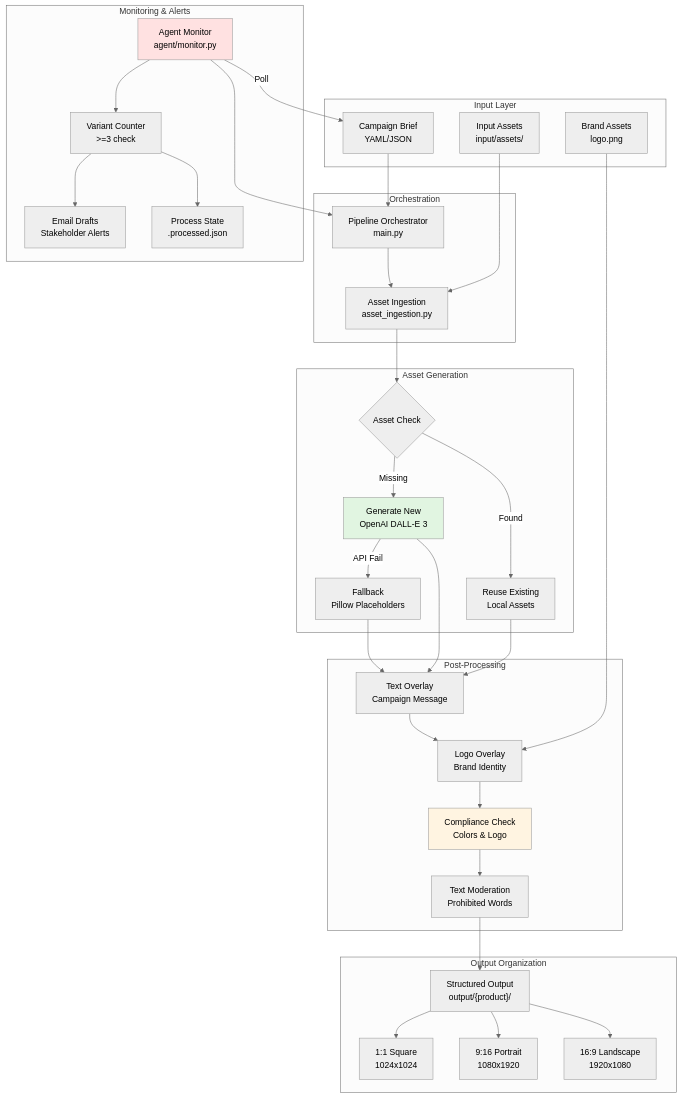
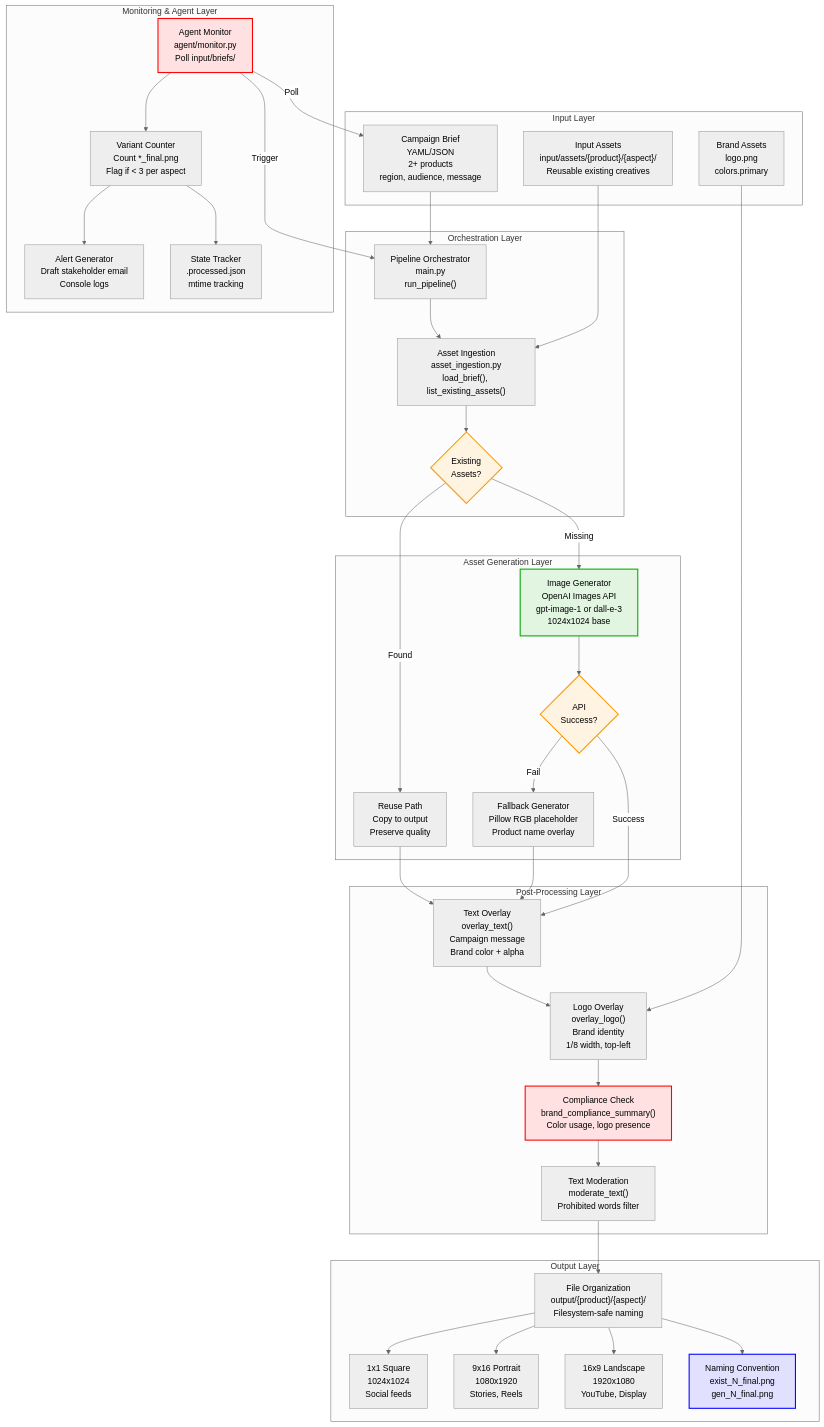
One commit to geciciserkan/adobe-poc changed the diagram in docs/architecture_diagram.mmd. Above: the diagram before and after it, drawn with Mermaid (neutral theme). The commit also changed 8 other files, not shown here.

```diff
--- a/docs/architecture_diagram.mmd
+++ b/docs/architecture_diagram.mmd
@@ -1,69 +1,76 @@
 %% Mermaid diagram: Creative Automation Pipeline Architecture
 flowchart TB
   subgraph "Input Layer"
-    A["Campaign Brief<br/>YAML/JSON"]
-    B["Input Assets<br/>input/assets/"]
-    C["Brand Assets<br/>logo.png"]
+    A["Campaign Brief<br/>YAML/JSON<br/>2+ products<br/>region, audience, message"]
+    B["Input Assets<br/>input/assets/{product}/{aspect}/<br/>Reusable existing creatives"]
+    C["Brand Assets<br/>logo.png<br/>colors.primary"]
   end
 
-  subgraph "Orchestration"
-    D["Pipeline Orchestrator<br/>main.py"]
-    E["Asset Ingestion<br/>asset_ingestion.py"]
+  subgraph "Orchestration Layer"
+    D["Pipeline Orchestrator<br/>main.py<br/>run_pipeline()"]
+    E["Asset Ingestion<br/>asset_ingestion.py<br/>load_brief(), list_existing_assets()"]
+    F{"Existing<br/>Assets?"}
   end
 
-  subgraph "Asset Generation"
-    F{"Asset Check"}
-    G["Reuse Existing<br/>Local Assets"]
-    H["Generate New<br/>OpenAI DALL-E 3"]
-    I["Fallback<br/>Pillow Placeholders"]
+  subgraph "Asset Generation Layer"
+    G["Reuse Path<br/>Copy to output<br/>Preserve quality"]
+    H["Image Generator<br/>OpenAI Images API<br/>gpt-image-1 or dall-e-3<br/>1024x1024 base"]
+    I{"API<br/>Success?"}
+    J["Fallback Generator<br/>Pillow RGB placeholder<br/>Product name overlay"]
   end
 
-  subgraph "Post-Processing"
-    J["Text Overlay<br/>Campaign Message"]
-    K["Logo Overlay<br/>Brand Identity"]
-    L["Compliance Check<br/>Colors & Logo"]
-    M["Text Moderation<br/>Prohibited Words"]
+  subgraph "Post-Processing Layer"
+    K["Text Overlay<br/>overlay_text()<br/>Campaign message<br/>Brand color + alpha"]
+    L["Logo Overlay<br/>overlay_logo()<br/>Brand identity<br/>1/8 width, top-left"]
+    M["Compliance Check<br/>brand_compliance_summary()<br/>Color usage, logo presence"]
+    N["Text Moderation<br/>moderate_text()<br/>Prohibited words filter"]
   end
 
-  subgraph "Output Organization"
-    N["Structured Output<br/>output/{product}/"]
-    O["1:1 Square<br/>1024x1024"]
-    P["9:16 Portrait<br/>1080x1920"]
-    Q["16:9 Landscape<br/>1920x1080"]
+  subgraph "Output Layer"
+    O["File Organization<br/>output/{product}/{aspect}/<br/>Filesystem-safe naming"]
+    P["1x1 Square<br/>1024x1024<br/>Social feeds"]
+    Q["9x16 Portrait<br/>1080x1920<br/>Stories, Reels"]
+    R["16x9 Landscape<br/>1920x1080<br/>YouTube, Display"]
+    S["Naming Convention<br/>exist_N_final.png<br/>gen_N_final.png"]
   end
 
-  subgraph "Monitoring & Alerts"
-    R["Agent Monitor<br/>agent/monitor.py"]
-    S["Variant Counter<br/>>=3 check"]
-    T["Email Drafts<br/>Stakeholder Alerts"]
-    U["Process State<br/>.processed.json"]
+  subgraph "Monitoring & Agent Layer"
+    T["Agent Monitor<br/>agent/monitor.py<br/>Poll input/briefs/"]
+    U["Variant Counter<br/>Count *_final.png<br/>Flag if < 3 per aspect"]
+    V["Alert Generator<br/>Draft stakeholder email<br/>Console logs"]
+    W["State Tracker<br/>.processed.json<br/>mtime tracking"]
   end
 
   A --> D
   B --> E
-  C --> K
+  C --> L
   D --> E
   E --> F
   F -->|Found| G
   F -->|Missing| H
-  H -->|API Fail| I
-  G --> J
-  H --> J
-  I --> J
+  H --> I
+  I -->|Success| K
+  I -->|Fail| J
   J --> K
+  G --> K
   K --> L
   L --> M
   M --> N
   N --> O
-  N --> P
-  N --> Q
+  O --> P
+  O --> Q
+  O --> R
+  O --> S
   
-  R -->|Poll| A
-  R --> D
-  R --> S
-  S --> T
-  S --> U
+  T -->|Poll| A
+  T -->|Trigger| D
+  T --> U
+  U --> V
+  U --> W
   
-  style H fill:#e1f5e1
-  style R fill:#ffe1e1
-  style L fill:#fff4e1
+  style F fill:#fff4e1,stroke:#f90,stroke-width:2px
+  style H fill:#e1f5e1,stroke:#0a0,stroke-width:2px
+  style I fill:#fff4e1,stroke:#f90,stroke-width:2px
+  style M fill:#ffe1e1,stroke:#f00,stroke-width:2px
+  style T fill:#ffe1e1,stroke:#f00,stroke-width:2px
+  style S fill:#e1e1ff,stroke:#00f,stroke-width:2px
```
